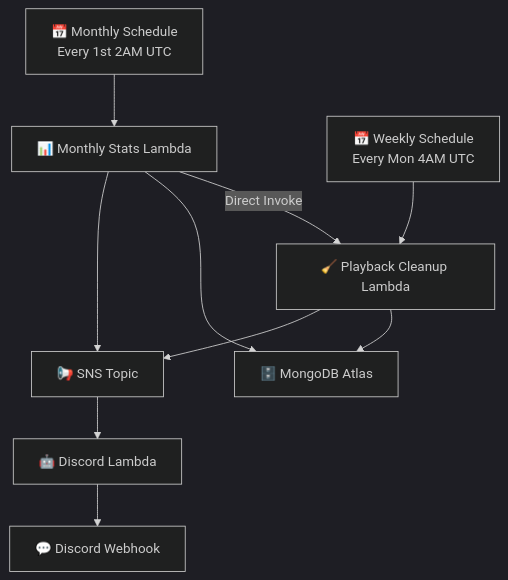
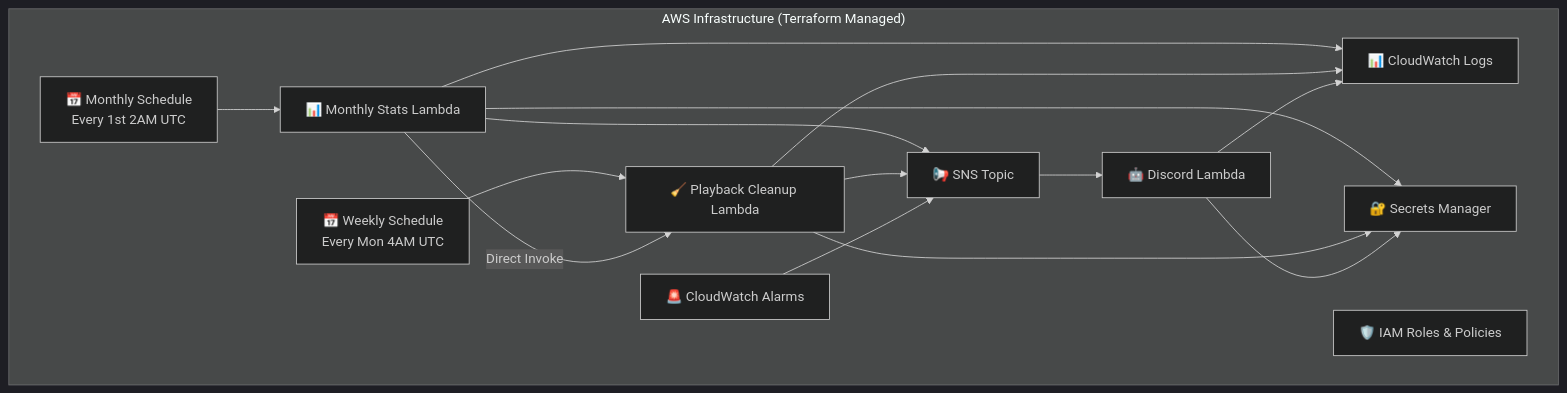
The diagram in terraform/README.md (JIAN11442/joytify-app), drawn with Mermaid (dark theme) before and after one commit. The commit also changed other lines of this file and 67 other files, not shown here.

````diff
--- a/terraform/README.md
+++ b/terraform/README.md
@@ -26,12 +65,29 @@
 ```mermaid
 graph TB
-    CW1[📅 Monthly Schedule<br/>Every 1st 2AM UTC] --> ML[📊 Monthly Stats Lambda]
-    CW2[📅 Weekly Schedule<br/>Every Mon 4AM UTC] --> CL[🧹 Playback Cleanup Lambda]
-    ML --> |Direct Invoke| CL
-    ML --> MDB[🗄️ MongoDB Atlas]
-    CL --> MDB
-    ML --> SNS[📢 SNS Topic]
-    CL --> SNS
-    SNS --> DL[🤖 Discord Lambda]
-    DL --> DW[💬 Discord Webhook]
+    subgraph "AWS Infrastructure (Terraform Managed)"
+        EB1[📅 Monthly Schedule<br/>Every 1st 2AM UTC]
+        EB2[📅 Weekly Schedule<br/>Every Mon 4AM UTC]
+        STATS[📊 Monthly Stats Lambda]
+        CLEANUP[🧹 Playback Cleanup Lambda]
+        DISCORD[🤖 Discord Lambda]
+        SNS[📢 SNS Topic]
+        CW1[📊 CloudWatch Logs]
+        CW2[🚨 CloudWatch Alarms]
+        IAM[🛡️ IAM Roles & Policies]
+        SECRETS[🔐 Secrets Manager]
+    end
+
+    EB1 --> STATS
+    EB2 --> CLEANUP
+    STATS -->|Direct Invoke| CLEANUP
+    STATS --> SNS
+    CLEANUP --> SNS
+    SNS --> DISCORD
+    STATS --> CW1
+    CLEANUP --> CW1
+    DISCORD --> CW1
+    CW2 --> SNS
+    STATS --> SECRETS
+    CLEANUP --> SECRETS
+    DISCORD --> SECRETS
 ```
````
